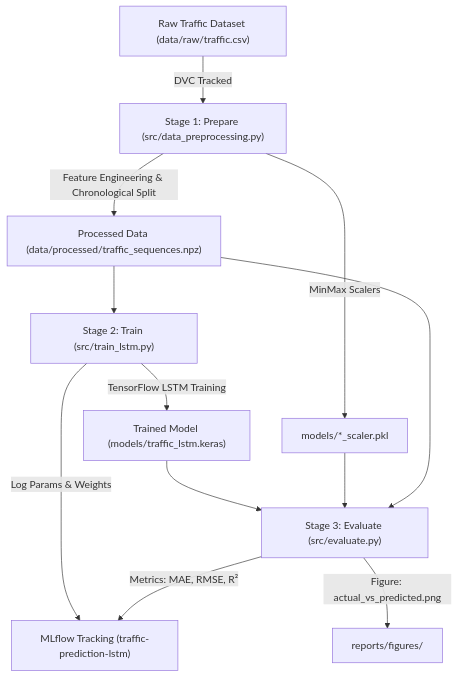
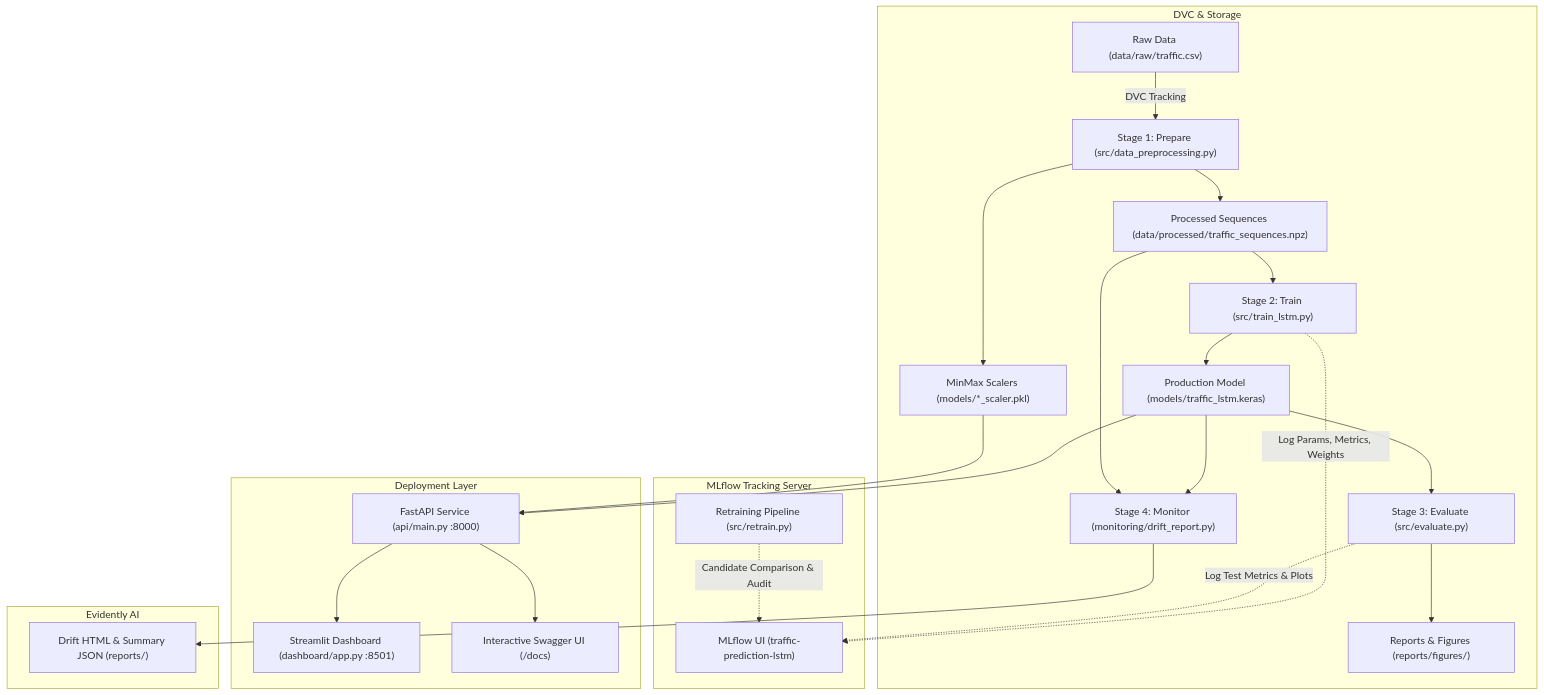
One commit to shanker566/AI-Based-Traffic-Prediction-System-with-MLOps changed the diagram in README.md. Above: the diagram before and after it, drawn with Mermaid. The commit also changed other lines of this file and 21 other files, not shown here.

Commit message:
feat: complete Phase-2 MLOps system with FastAPI, Streamlit, Docker, Evidently AI, Retraining, and Tests

````diff
--- a/README.md
+++ b/README.md
@@ -69,14 +36,31 @@
 ```mermaid
 flowchart TD
-    A["Raw Traffic Dataset (data/raw/traffic.csv)"] -->|DVC Tracked| B["Stage 1: Prepare (src/data_preprocessing.py)"]
-    B -->|Feature Engineering & Chronological Split| C["Processed Data (data/processed/traffic_sequences.npz)"]
-    B -->|MinMax Scalers| S["models/*_scaler.pkl"]
-    C --> D["Stage 2: Train (src/train_lstm.py)"]
-    D -->|TensorFlow LSTM Training| E["Trained Model (models/traffic_lstm.keras)"]
-    D -->|Log Params & Weights| M["MLflow Tracking (traffic-prediction-lstm)"]
-    E --> F["Stage 3: Evaluate (src/evaluate.py)"]
-    S --> F
-    C --> F
-    F -->|Metrics: MAE, RMSE, R²| M
-    F -->|Figure: actual_vs_predicted.png| R["reports/figures/"]
+    subgraph Data & Pipeline Versioning [DVC & Storage]
+        Raw["Raw Data (data/raw/traffic.csv)"] -->|DVC Tracking| Prep["Stage 1: Prepare (src/data_preprocessing.py)"]
+        Prep --> Processed["Processed Sequences (data/processed/traffic_sequences.npz)"]
+        Prep --> Scalers["MinMax Scalers (models/*_scaler.pkl)"]
+        Processed --> Train["Stage 2: Train (src/train_lstm.py)"]
+        Train --> Model["Production Model (models/traffic_lstm.keras)"]
+        Model --> Eval["Stage 3: Evaluate (src/evaluate.py)"]
+        Eval --> Figures["Reports & Figures (reports/figures/)"]
+        Model --> Monitor["Stage 4: Monitor (monitoring/drift_report.py)"]
+    end
+
+    subgraph Experiment Tracking [MLflow Tracking Server]
+        Train -.->|Log Params, Metrics, Weights| MLflow["MLflow UI (traffic-prediction-lstm)"]
+        Eval -.->|Log Test Metrics & Plots| MLflow
+        Retrain["Retraining Pipeline (src/retrain.py)"] -.->|Candidate Comparison & Audit| MLflow
+    end
+
+    subgraph Model Serving & Consumption [Deployment Layer]
+        Model --> API["FastAPI Service (api/main.py :8000)"]
+        Scalers --> API
+        API --> Dashboard["Streamlit Dashboard (dashboard/app.py :8501)"]
+        API --> Swagger["Interactive Swagger UI (/docs)"]
+    end
+
+    subgraph Monitoring & Governance [Evidently AI]
+        Processed --> Monitor
+        Monitor --> DriftReport["Drift HTML & Summary JSON (reports/)"]
+    end
 ```
````
